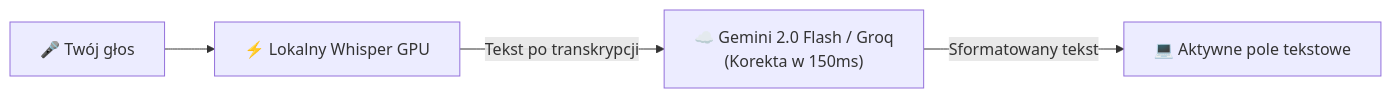
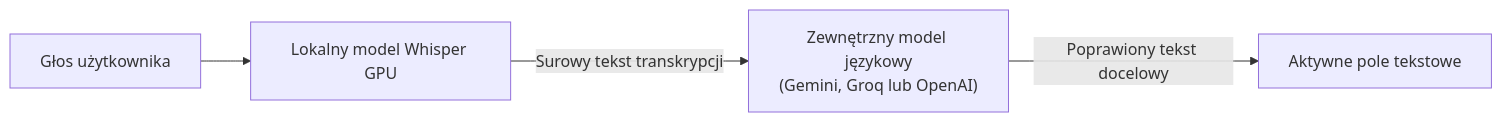
Before and after one commit to sooony/Whiscribe: the third of 3 diagrams in README.md, drawn with Mermaid. The commit also changed other lines of this file and 1 other file, not shown here.

````diff
--- a/README.md
+++ b/README.md
@@ -76,6 +71,6 @@
 ```mermaid
 flowchart LR
-    A["🎤 Twój głos"] --> B["⚡ Lokalny Whisper GPU"]
-    B -->|"Tekst po transkrypcji"| C["☁️ Gemini 2.0 Flash / Groq<br/>(Korekta w 150ms)"]
-    C -->|"Sformatowany tekst"| D["💻 Aktywne pole tekstowe"]
+    A["Głos użytkownika"] --> B["Lokalny model Whisper GPU"]
+    B -->|"Surowy tekst transkrypcji"| C["Zewnętrzny model językowy<br/>(Gemini, Groq lub OpenAI)"]
+    C -->|"Poprawiony tekst docelowy"| D["Aktywne pole tekstowe"]
 ```
````
